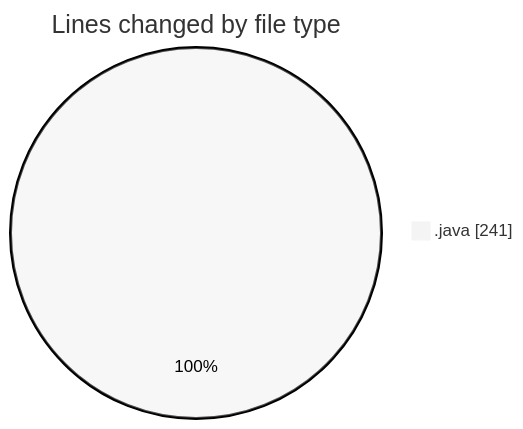
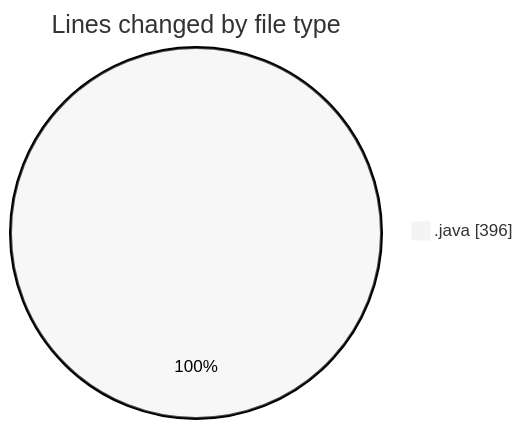
The first of 2 diagrams in 2026-03-01/cilreports__workspace_/README.md (ricardozamudiocil/code-tracking), drawn with Mermaid (neutral theme) before and after one commit. The commit also changed other lines of this file and 1 other file, not shown here.

````diff
--- a/2026-03-01/cilreports__workspace_/README.md
+++ b/2026-03-01/cilreports__workspace_/README.md
@@ -22,5 +22,5 @@
 ```mermaid
 pie showData
 title Lines changed by file type
-".java" : 241
+".java" : 396
 ```
````
